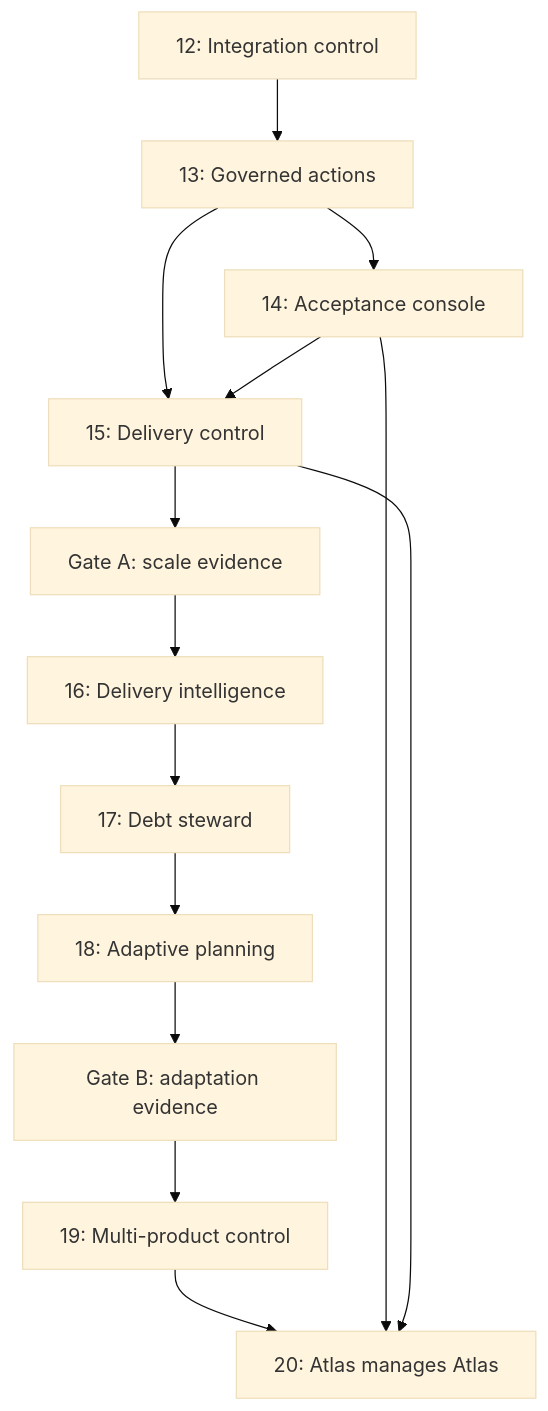
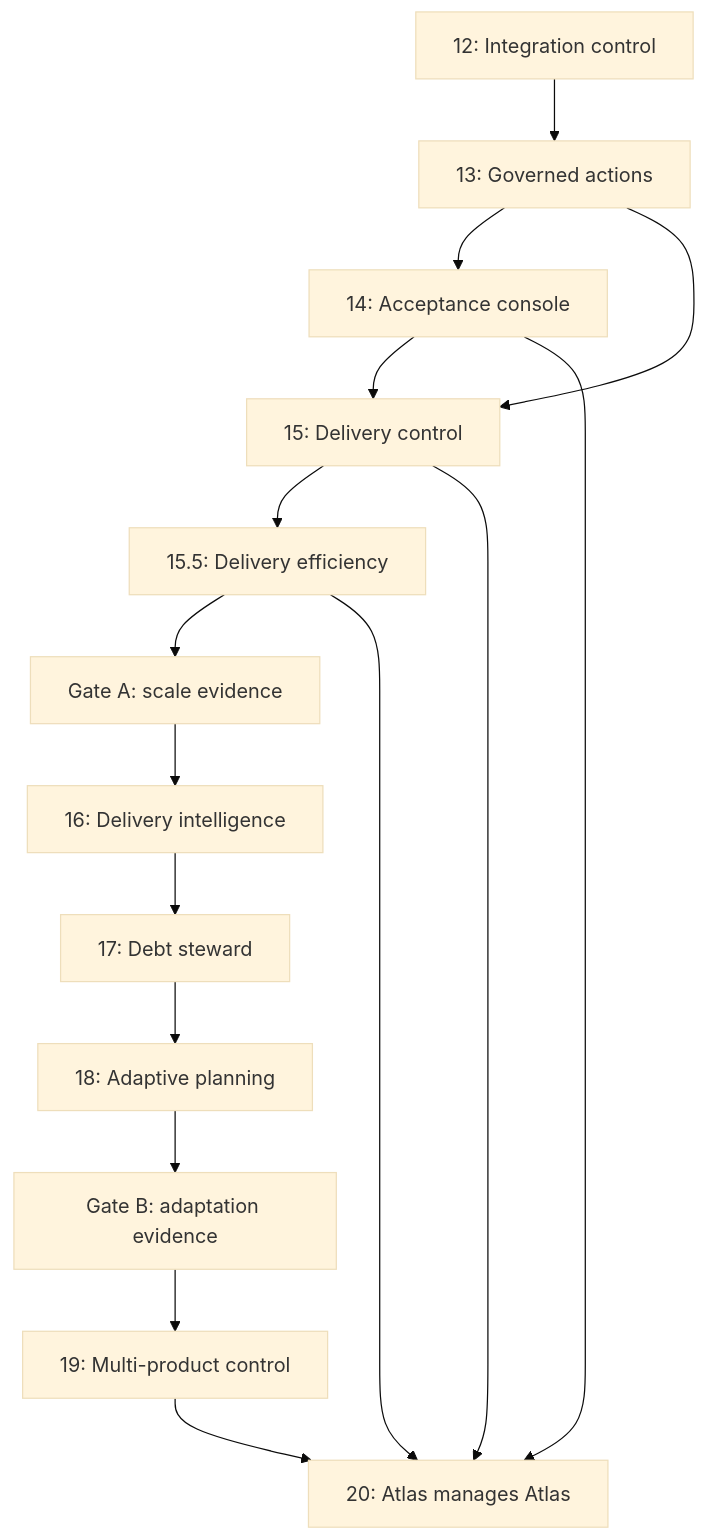
Before and after one commit to derekrivers/atlas: the diagram in docs/atlas/phase-13-20-programme-horizon.md, drawn with Mermaid (base theme). The commit also changed other lines of this file and 17 other files, not shown here.

````diff
--- a/docs/atlas/phase-13-20-programme-horizon.md
+++ b/docs/atlas/phase-13-20-programme-horizon.md
@@ -87,16 +90,18 @@
 ```mermaid
 flowchart TD
     P12["12: Integration control"] --> P13["13: Governed actions"]
     P13 --> P14["14: Acceptance console"]
     P13 --> P15["15: Delivery control"]
     P14 --> P15
-    P15 --> G15["Gate A: scale evidence"]
+    P15 --> P155["15.5: Delivery efficiency"]
+    P155 --> G15["Gate A: scale evidence"]
     G15 --> P16["16: Delivery intelligence"]
     P16 --> P17["17: Debt steward"]
     P17 --> P18["18: Adaptive planning"]
     P18 --> G18["Gate B: adaptation evidence"]
     G18 --> P19["19: Multi-product control"]
     P19 --> P20["20: Atlas manages Atlas"]
     P14 --> P20
     P15 --> P20
+    P155 --> P20
 ```
````
